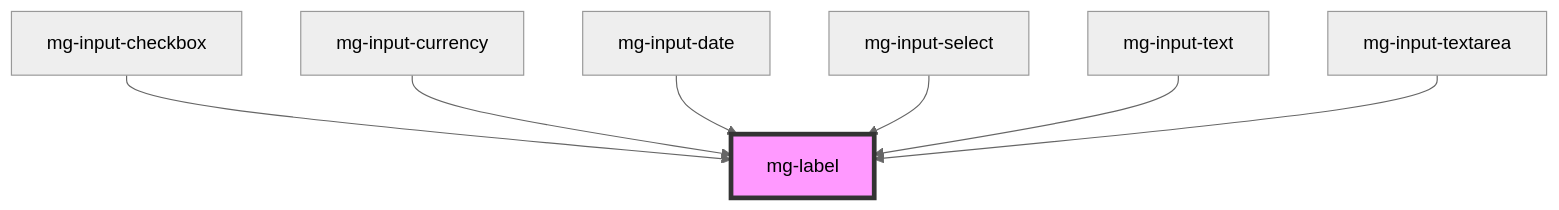
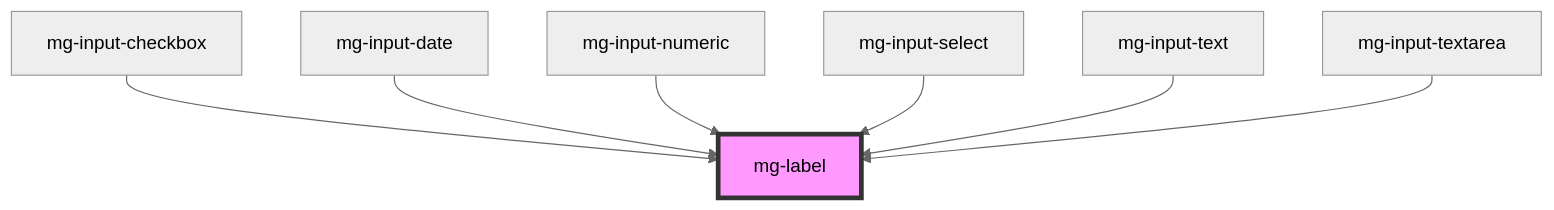
Before and after one commit to MGDIS/mg-components: the diagram in src/components/atoms/mg-label/readme.md, drawn with Mermaid (neutral theme). The commit also changed other lines of this file and 20 other files, not shown here.

````diff
--- a/src/components/atoms/mg-label/readme.md
+++ b/src/components/atoms/mg-label/readme.md
@@ -29,10 +29,10 @@
 ```mermaid
 graph TD;
   mg-input-checkbox --> mg-label
-  mg-input-currency --> mg-label
   mg-input-date --> mg-label
+  mg-input-numeric --> mg-label
   mg-input-select --> mg-label
   mg-input-text --> mg-label
   mg-input-textarea --> mg-label
   style mg-label fill:#f9f,stroke:#333,stroke-width:4px
 ```
````
